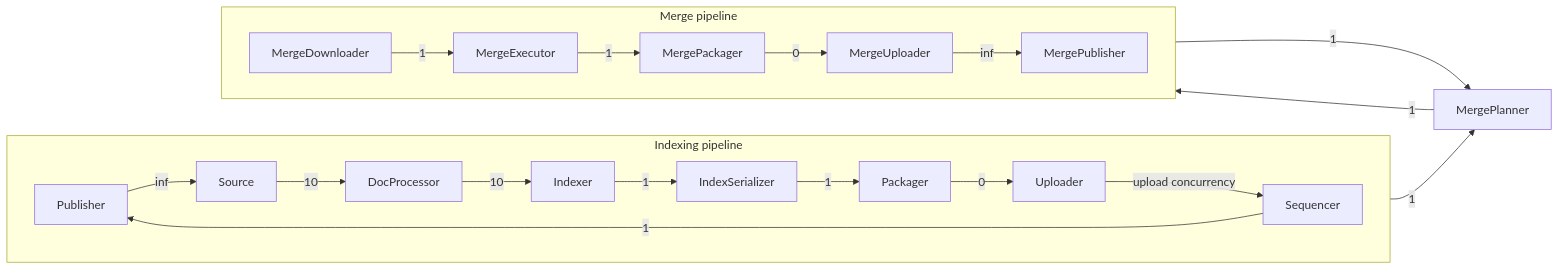
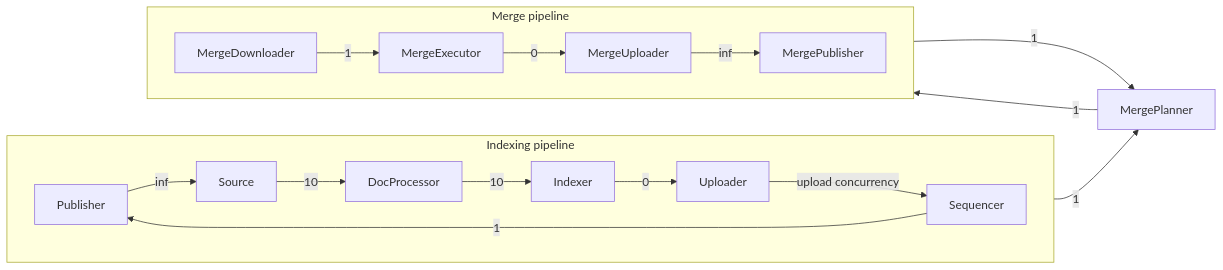
One commit to quickwit-oss/quickwit changed the diagram in quickwit/quickwit-indexing/README.md. Above: the diagram before and after it, drawn with Mermaid. The commit also changed other lines of this file and 15 other files, not shown here.

````diff
--- a/quickwit/quickwit-indexing/README.md
+++ b/quickwit/quickwit-indexing/README.md
@@ -1,24 +10,21 @@
 ```mermaid
 flowchart LR
     subgraph Indexing pipeline
         direction LR
         publisher --inf--> source
         source[Source] --10--> doc_processor
         doc_processor[DocProcessor] --10--> indexer
-        indexer[Indexer] --1--> serializer
-        serializer[IndexSerializer] --1--> packager
-        packager[Packager] --0--> uploader
+        indexer[Indexer] --0--> uploader
         uploader[Uploader] --upload concurrency--> sequencer
         sequencer[Sequencer] --1--> publisher
     end
     subgraph Merge pipeline
         direction LR
         merge_downloader[MergeDownloader] --1--> merge_executor
-        merge_executor[MergeExecutor] --1--> merge_packager
-        merge_packager[MergePackager] --0--> merge_uploader
+        merge_executor[MergeExecutor] --0--> merge_uploader
         merge_uploader[MergeUploader] --inf--> merge_publisher
     end
     merge_planner[MergePlanner] --1--> merge_downloader
     merge_publisher[MergePublisher] --1--> merge_planner
     publisher[Publisher] --1--> merge_planner
 ```
````
